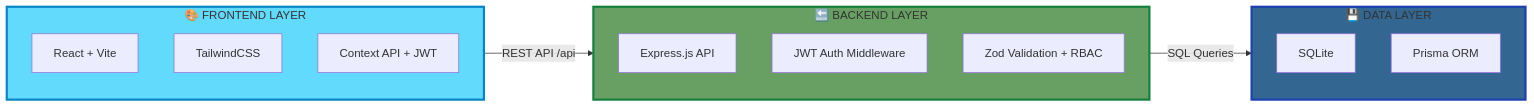
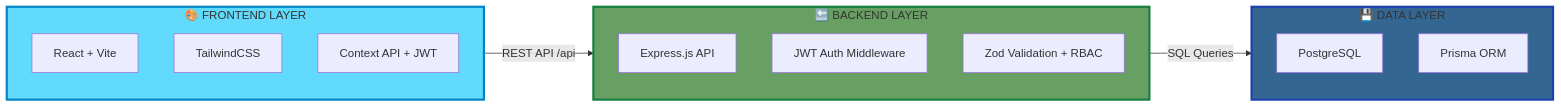
The diagram in README.md (snehadpatel/TransitOps), drawn with Mermaid before and after one commit. The commit also changed other lines of this file and 2 other files, not shown here.

Commit message:
chore: migrate database provider from SQLite to PostgreSQL and reorganize documentation files

````diff
--- a/README.md
+++ b/README.md
@@ -103,26 +105,26 @@
 ```mermaid
 graph LR
     subgraph Frontend["🎨 FRONTEND LAYER"]
         A[React + Vite]
         B[TailwindCSS]
         C[Context API + JWT]
     end
     
     subgraph Backend["🔙 BACKEND LAYER"]
         F[Express.js API]
         G[JWT Auth Middleware]
         H[Zod Validation + RBAC]
     end
     
     subgraph Database["💾 DATA LAYER"]
-        K[SQLite]
+        K[PostgreSQL]
         L[Prisma ORM]
     end
     
     Frontend -->|REST API /api| Backend
     Backend -->|SQL Queries| Database
     
     style Frontend fill:#61DAFB,stroke:#0284c7,stroke-width:3px
     style Backend fill:#68A063,stroke:#15803d,stroke-width:3px
     style Database fill:#336791,stroke:#1e40af,stroke-width:3px
 ```
````
